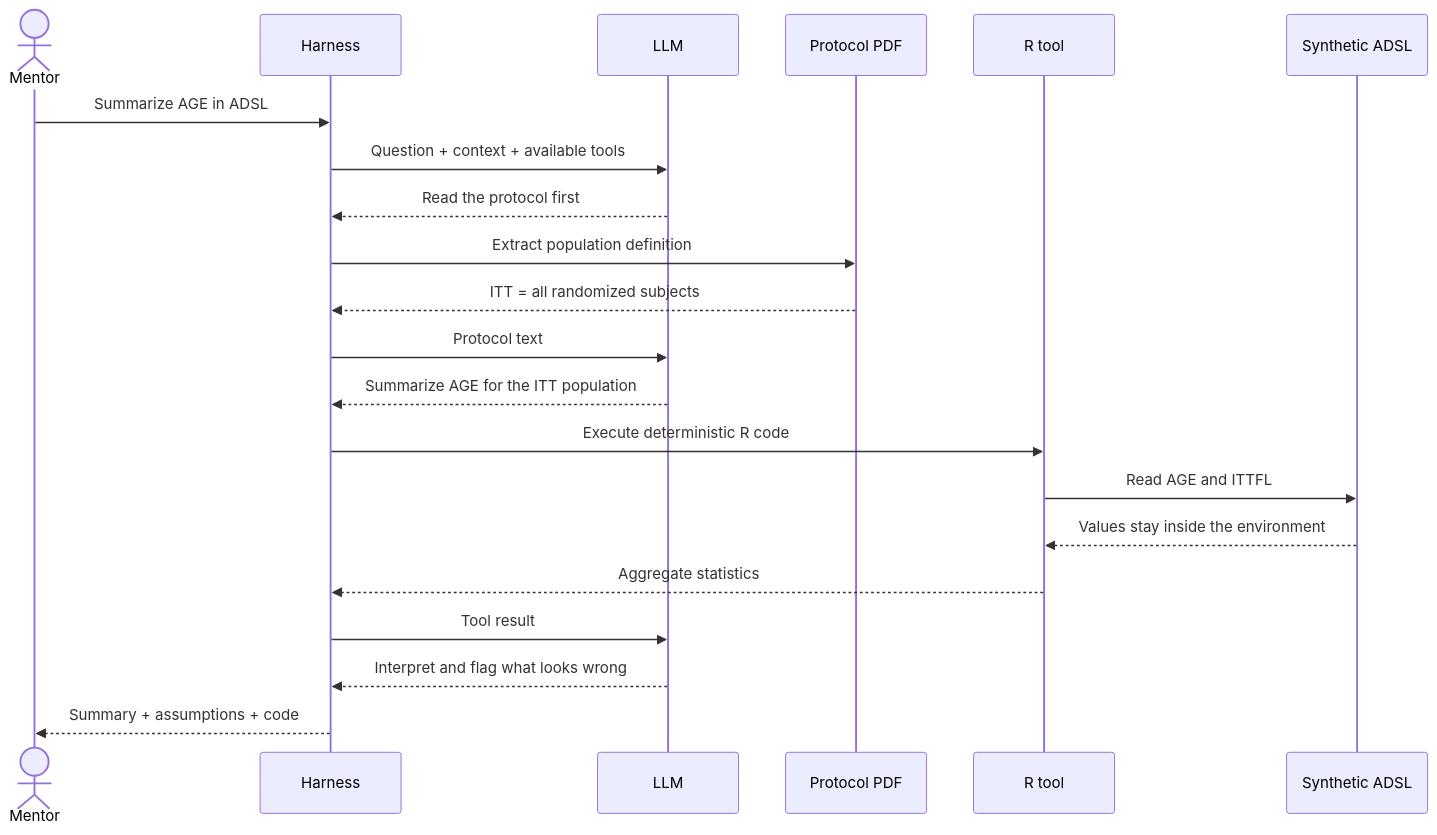
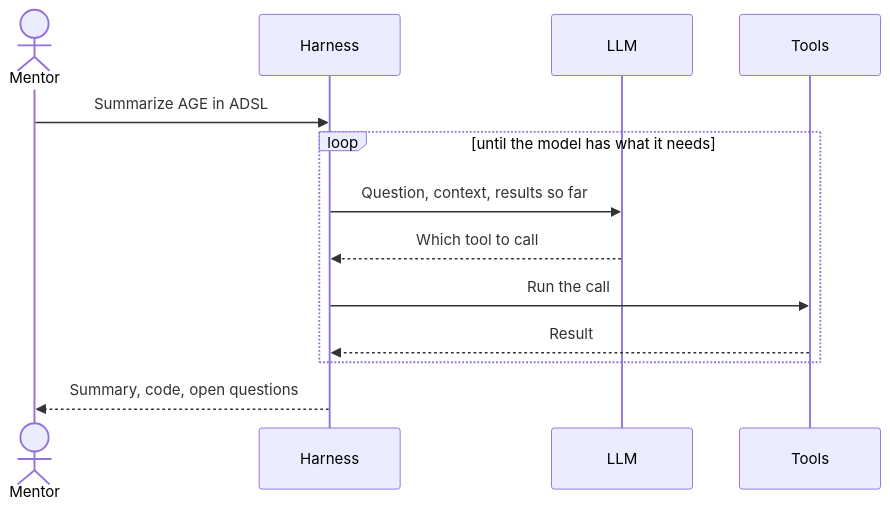
Before and after one commit to elong0527/ai4csr: the diagram in intro-ai-agent.qmd, drawn with Mermaid. The commit also changed other lines of this file, not shown here.

Commit message:
refactor: update sequence diagram and explanation to reflect iterative tool-use loop in agent turn process

````diff
--- a/intro-ai-agent.qmd
+++ b/intro-ai-agent.qmd
@@ -116,24 +116,16 @@
 ```{mermaid}
 sequenceDiagram
     actor U as Mentor
     participant H as Harness
     participant L as LLM
-    participant P as Protocol PDF
-    participant R as R tool
-    participant D as Synthetic ADSL
+    participant T as Tools
 
     U->>H: Summarize AGE in ADSL
-    H->>L: Question + context + available tools
-    L-->>H: Read the protocol first
-    H->>P: Extract population definition
-    P-->>H: ITT = all randomized subjects
-    H->>L: Protocol text
-    L-->>H: Summarize AGE for the ITT population
-    H->>R: Execute deterministic R code
-    R->>D: Read AGE and ITTFL
-    D-->>R: Values stay inside the environment
-    R-->>H: Aggregate statistics
-    H->>L: Tool result
-    L-->>H: Interpret and flag what looks wrong
-    H-->>U: Summary + assumptions + code
+    loop until the model has what it needs
+        H->>L: Question, context, results so far
+        L-->>H: Which tool to call
+        H->>T: Run the call
+        T-->>H: Result
+    end
+    H-->>U: Summary, code, open questions
 ```
````
